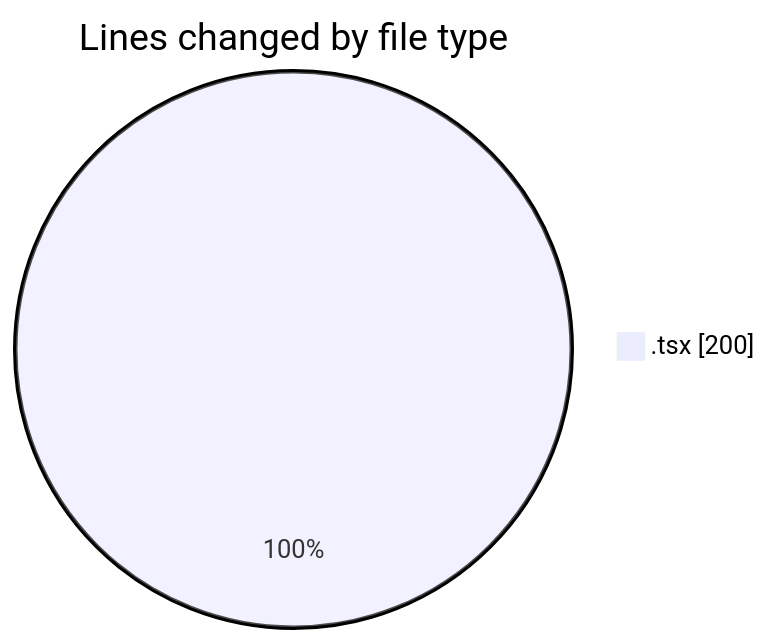
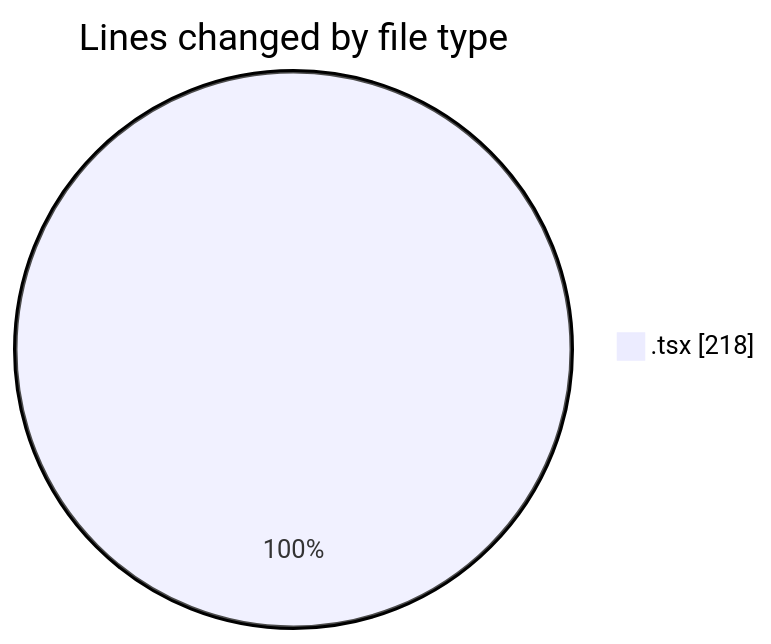
Before and after one commit to EIIisD/code-tracking: the first of 2 diagrams in 2025-08-02/tw-server/README.md, drawn with Mermaid. The commit also changed other lines of this file and 1 other file, not shown here.

````diff
--- a/2025-08-02/tw-server/README.md
+++ b/2025-08-02/tw-server/README.md
@@ -20,5 +20,5 @@
 ```mermaid
 pie showData
 title Lines changed by file type
-".tsx" : 200
+".tsx" : 218
 ```
````
